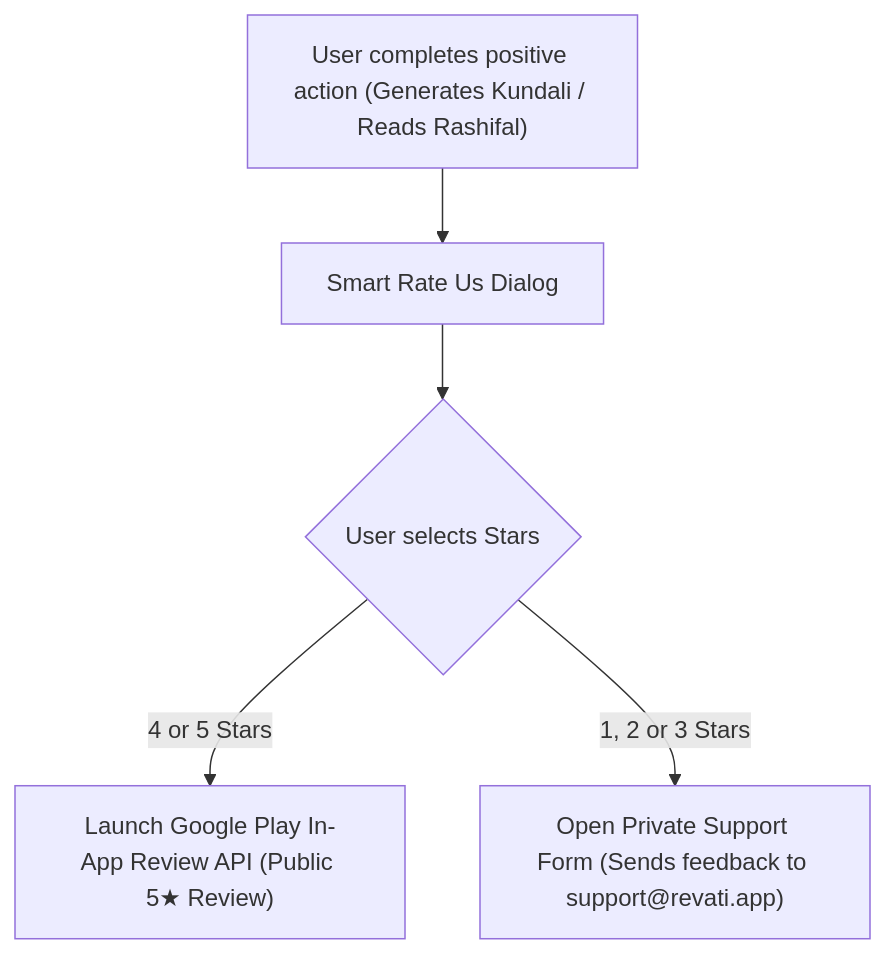
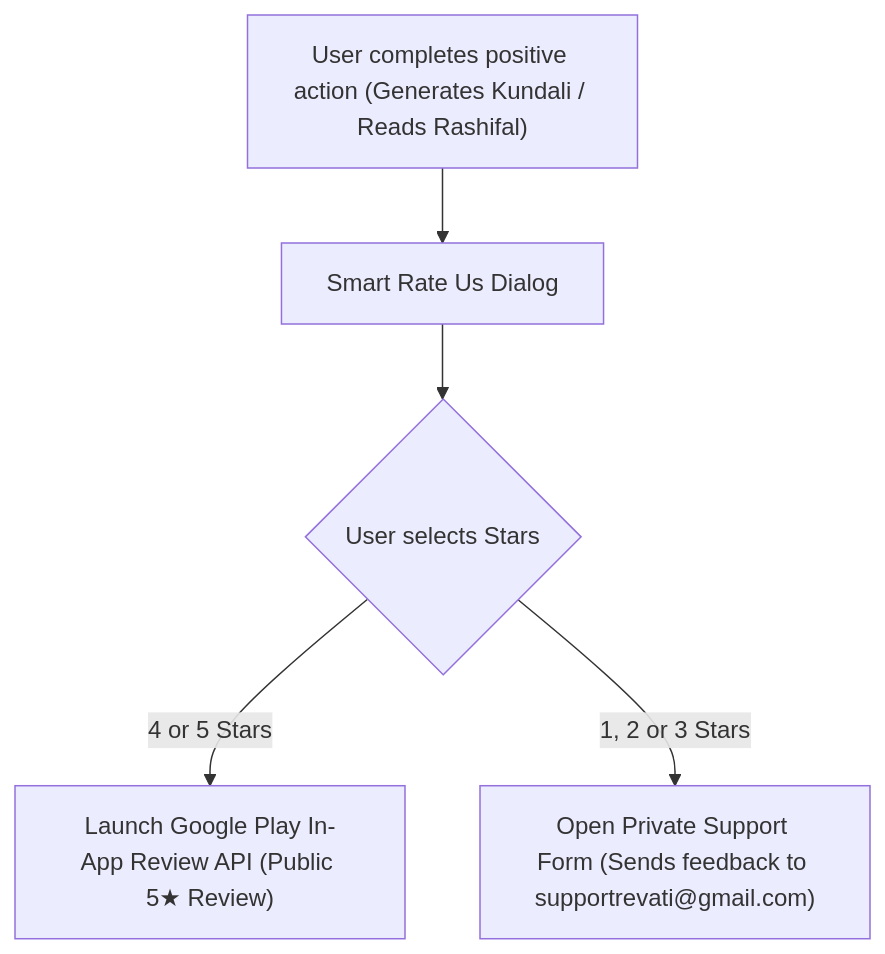
One commit to sksaini946230-rgb/AstroVeda changed the diagram in docs/ASO_AND_MARKETING_PLAYBOOK.md. Above: the diagram before and after it, drawn with Mermaid. The commit also changed other lines of this file and 2 other files, not shown here.

````diff
--- a/docs/ASO_AND_MARKETING_PLAYBOOK.md
+++ b/docs/ASO_AND_MARKETING_PLAYBOOK.md
@@ -110,7 +142,7 @@
 ```mermaid
 graph TD
     A["User completes positive action (Generates Kundali / Reads Rashifal)"] --> B["Smart Rate Us Dialog"]
     B --> C{"User selects Stars"}
     C -- 4 or 5 Stars --> D["Launch Google Play In-App Review API (Public 5★ Review)"]
-    C -- 1, 2 or 3 Stars --> E["Open Private Support Form (Sends feedback to support@revati.app)"]
+    C -- 1, 2 or 3 Stars --> E["Open Private Support Form (Sends feedback to supportrevati@gmail.com)"]
 ```
````
